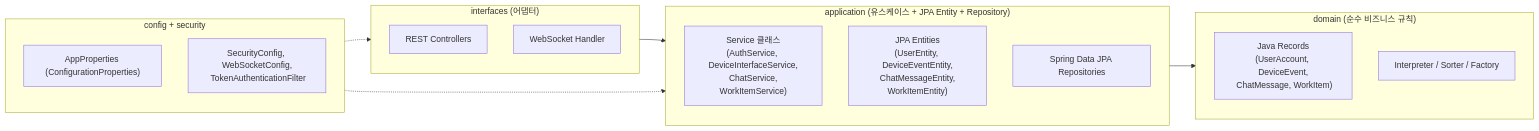
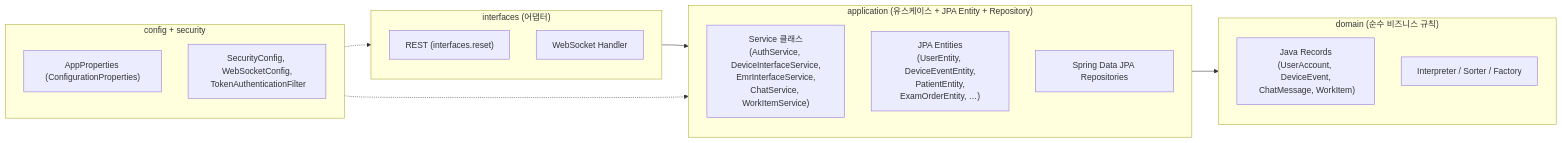
One commit to skyleedevzero86/carebridge-platform changed the second of 8 diagrams in README.md. Above: the diagram before and after it, drawn with Mermaid. The commit also changed other lines of this file and 23 other files, not shown here.

````diff
--- a/README.md
+++ b/README.md
@@ -173,27 +186,27 @@
 ```mermaid
 graph LR
     subgraph interfaces["interfaces (어댑터)"]
-        REST_C["REST Controllers"]
+        REST_C["REST (interfaces.reset)"]
         WS_H["WebSocket Handler"]
     end
 
     subgraph application["application (유스케이스 + JPA Entity + Repository)"]
-        SVC["Service 클래스\n(AuthService, DeviceInterfaceService,\n ChatService, WorkItemService)"]
-        ENT["JPA Entities\n(UserEntity, DeviceEventEntity,\n ChatMessageEntity, WorkItemEntity)"]
+        SVC["Service 클래스\n(AuthService, DeviceInterfaceService,\n EmrInterfaceService, ChatService, WorkItemService)"]
+        ENT["JPA Entities\n(UserEntity, DeviceEventEntity,\n PatientEntity, ExamOrderEntity, …)"]
         REPO["Spring Data JPA Repositories"]
     end
 
     subgraph domain["domain (순수 비즈니스 규칙)"]
         REC["Java Records\n(UserAccount, DeviceEvent,\n ChatMessage, WorkItem)"]
         INTERP["Interpreter / Sorter / Factory"]
     end
 
     subgraph config["config + security"]
         CFG["AppProperties (ConfigurationProperties)"]
         SEC["SecurityConfig, WebSocketConfig,\n TokenAuthenticationFilter"]
     end
 
     interfaces --> application
     application --> domain
     config -.-> application & interfaces
 ```
````
